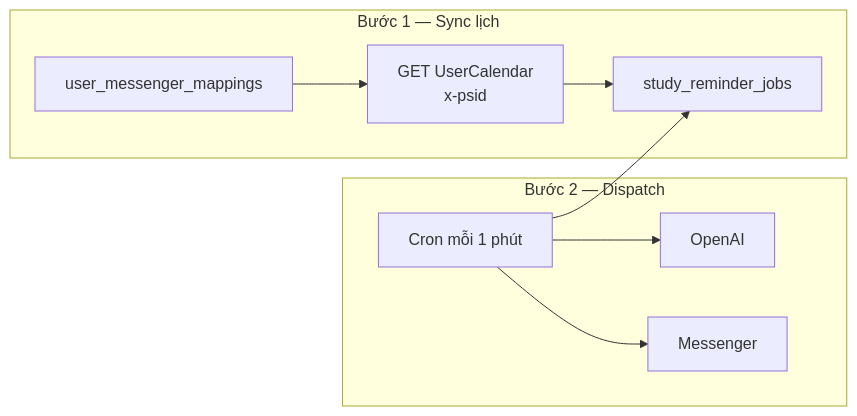
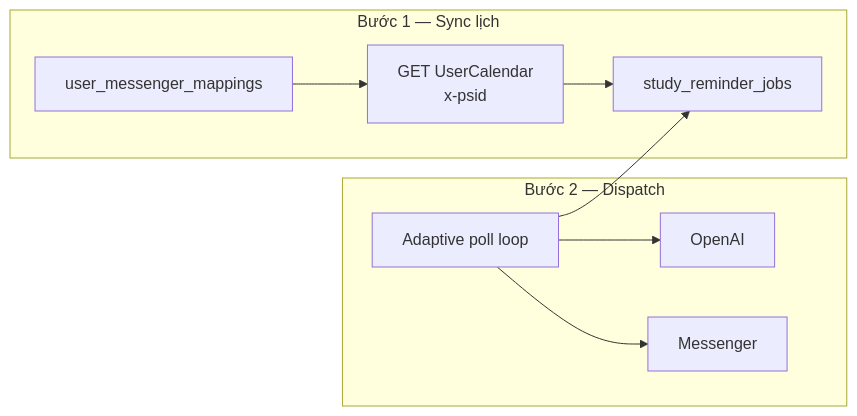
Before and after one commit to lengocanh2005it/messenger-ai-for-student: the first of 5 diagrams in docs/study-session-reminder.md, drawn with Mermaid. The commit also changed other lines of this file and 3 other files, not shown here.

First line of the commit message:
docs: mark S2 adaptive study-reminder dispatch poll as done

````diff
--- a/docs/study-session-reminder.md
+++ b/docs/study-session-reminder.md
@@ -20,19 +20,19 @@
 ```mermaid
 flowchart LR
   subgraph Sync["Bước 1 — Sync lịch"]
     Cal["GET UserCalendar\nx-psid"]
     Map["user_messenger_mappings"]
     Jobs["study_reminder_jobs"]
     Map --> Cal
     Cal --> Jobs
   end
 
   subgraph Dispatch["Bước 2 — Dispatch"]
-    Worker["Cron mỗi 1 phút"]
+    Worker["Adaptive poll loop"]
     LLM["OpenAI"]
     FB["Messenger"]
     Worker --> Jobs
     Worker --> LLM
     Worker --> FB
   end
 ```
````
